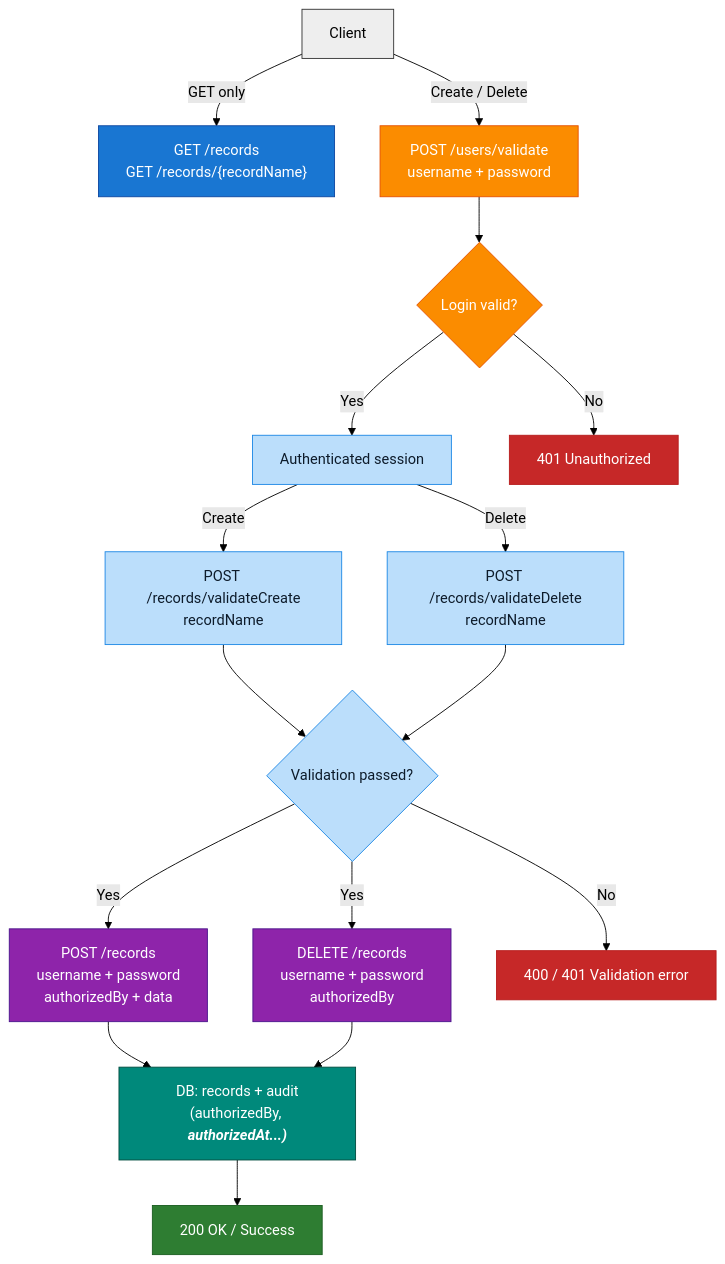
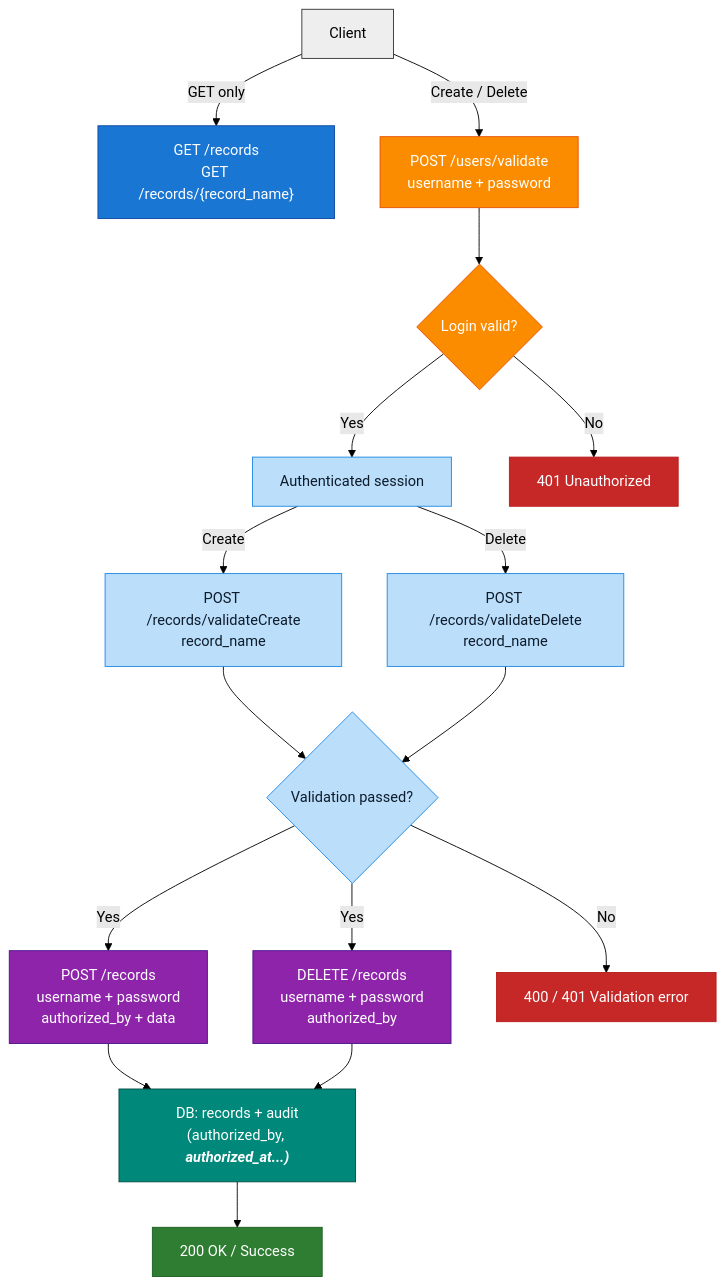
The diagram in README.md (MapColonies/3d-extractable-management), drawn with Mermaid (forest theme) before and after one commit. The commit also changed other lines of this file and 28 other files, not shown here.

Commit message:
chore: db in azure, replaced snake_case with camelCase and added openapi for audit/{record_name}

````diff
--- a/README.md
+++ b/README.md
@@ -28,64 +28,64 @@
 ``` mermaid
 flowchart TD
     A["Client"]
 
-    G1["GET /records<br/>GET /records/{recordName}"]
+    G1["GET /records<br/>GET /records/{record_name}"]
 
     B["POST /users/validate<br/>username + password"]
     C{"Login valid?"}
     D["Authenticated session"]
 
-    F1["POST /records/validateCreate<br/>recordName"]
-    F2["POST /records/validateDelete<br/>recordName"]
+    F1["POST /records/validateCreate<br/>record_name"]
+    F2["POST /records/validateDelete<br/>record_name"]
     V{"Validation passed?"}
 
-    I1["POST /records<br/>username + password<br/>authorizedBy + data"]
-    I2["DELETE /records<br/>username + password<br/>authorizedBy"]
+    I1["POST /records<br/>username + password<br/>authorized_by + data"]
+    I2["DELETE /records<br/>username + password<br/>authorized_by"]
 
-    J["DB: records + audit<br/>(authorizedBy, <b><i>authorizedAt...)</i></b>"]
+    J["DB: records + audit<br/>(authorized_by, <b><i>authorized_at...)</i></b>"]
 
     S["200 OK / Success"]
     E1["401 Unauthorized"]
     E2["400 / 401 Validation error"]
 
     A -->|GET only| G1
 
     A -->|Create / Delete| B
     B --> C
     C -->|No| E1
     C -->|Yes| D
 
     D -->|Create| F1
     D -->|Delete| F2
 
     F1 --> V
     F2 --> V
 
     V -->|No| E2
     V -->|Yes| I1
     V -->|Yes| I2
 
     I1 --> J
     I2 --> J
     J --> S
 
     classDef client fill:#eeeeee,stroke:#333,color:#000
     classDef public fill:#1976d2,stroke:#0d47a1,color:#fff
     classDef auth fill:#fb8c00,stroke:#e65100,color:#fff
     classDef logic fill:#bbdefb,stroke:#1e88e5,color:#0d1b2a
     classDef secure fill:#8e24aa,stroke:#4a148c,color:#fff
     classDef storage fill:#00897b,stroke:#004d40,color:#fff
     classDef success fill:#2e7d32,stroke:#1b5e20,color:#fff
     classDef error fill:#c62828,stroke:#b71c1c,color:#fff
 
     class A client
     class G1 public
 
     class B,C auth
     class D,F1,F2,V logic
 
     class I1,I2 secure
     class J storage
     class S success
     class E1,E2 error
 ```
````
